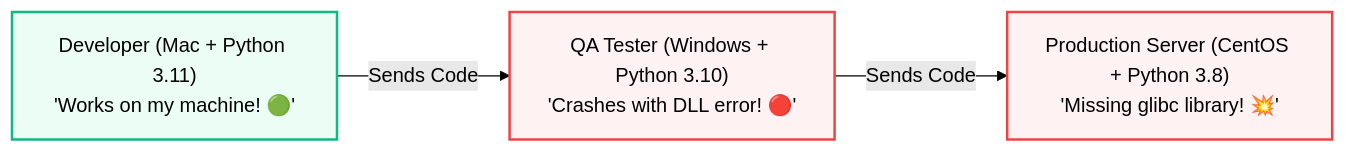
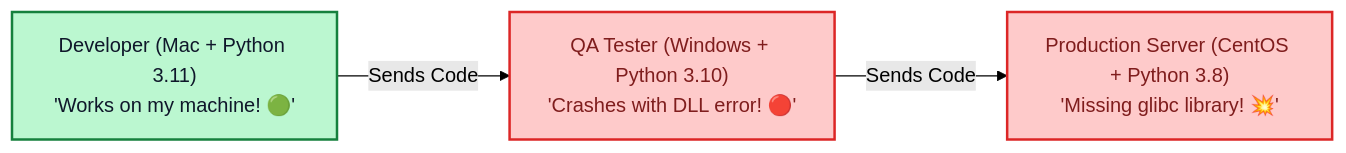
The first of 7 diagrams in 01-Docker/01-Core-Concepts-and-Architecture.md (PandeyKishan/Study-Notes), drawn with Mermaid (forest theme) before and after one commit. The commit also changed other lines of this file and 22 other files, not shown here.

Commit message:
docs: enhance diagram visibility with high-contrast palette and add concise book definitions

````diff
--- a/01-Docker/01-Core-Concepts-and-Architecture.md
+++ b/01-Docker/01-Core-Concepts-and-Architecture.md
@@ -18,9 +18,9 @@
 ```mermaid
 flowchart LR
     Dev["Developer (Mac + Python 3.11)\n'Works on my machine! 🟢'"] -->|Sends Code| QA["QA Tester (Windows + Python 3.10)\n'Crashes with DLL error! 🔴'"]
     QA -->|Sends Code| Prod["Production Server (CentOS + Python 3.8)\n'Missing glibc library! 💥'"]
 
-    style Dev fill:#ecfdf5,stroke:#10b981,stroke-width:2px
-    style QA fill:#fef2f2,stroke:#ef4444,stroke-width:2px
-    style Prod fill:#fef2f2,stroke:#ef4444,stroke-width:2px
+    style Dev fill:#bbf7d0,stroke:#15803d,stroke-width:2px,color:#0f172a
+    style QA fill:#fecaca,stroke:#dc2626,stroke-width:2px,color:#7f1d1d
+    style Prod fill:#fecaca,stroke:#dc2626,stroke-width:2px,color:#7f1d1d
 ```
````
